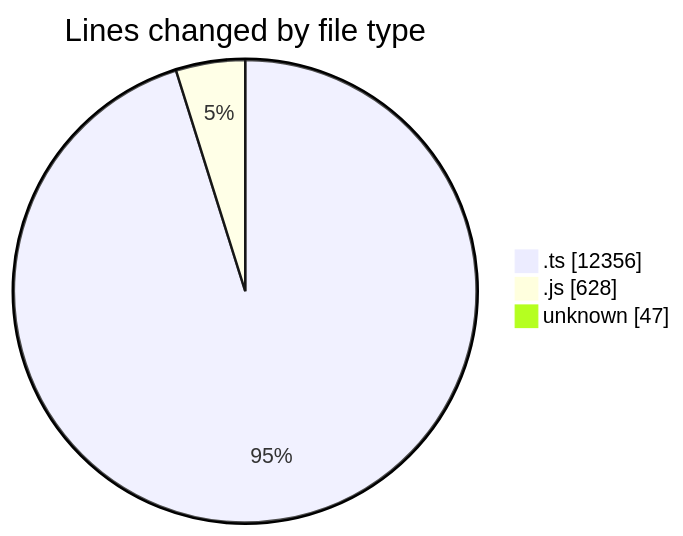
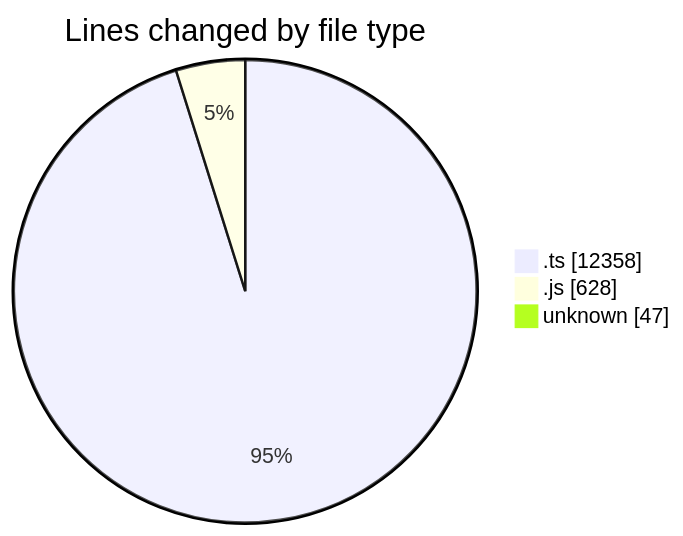
The first of 2 diagrams in 2025-09-05/cda/README.md (momahboobian/code-tracking), drawn with Mermaid before and after one commit. The commit also changed other lines of this file and 1 other file, not shown here.

````diff
--- a/2025-09-05/cda/README.md
+++ b/2025-09-05/cda/README.md
@@ -25,7 +25,7 @@
 ```mermaid
 pie showData
 title Lines changed by file type
-".ts" : 12356
+".ts" : 12358
 ".js" : 628
 "unknown" : 47
 ```
````
